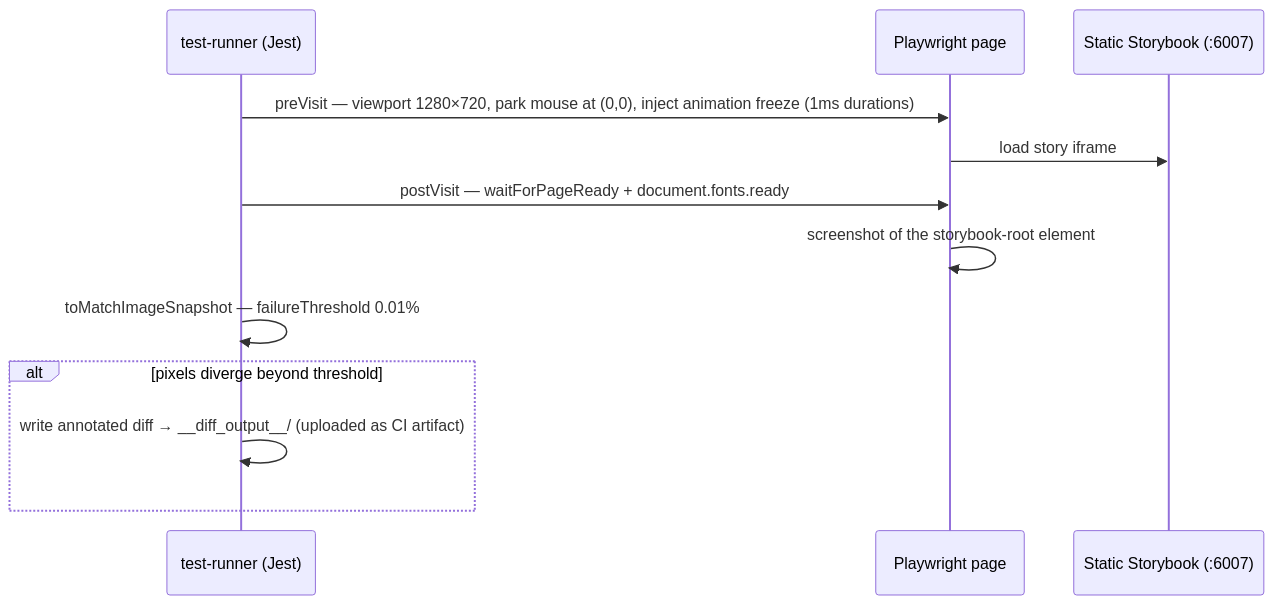
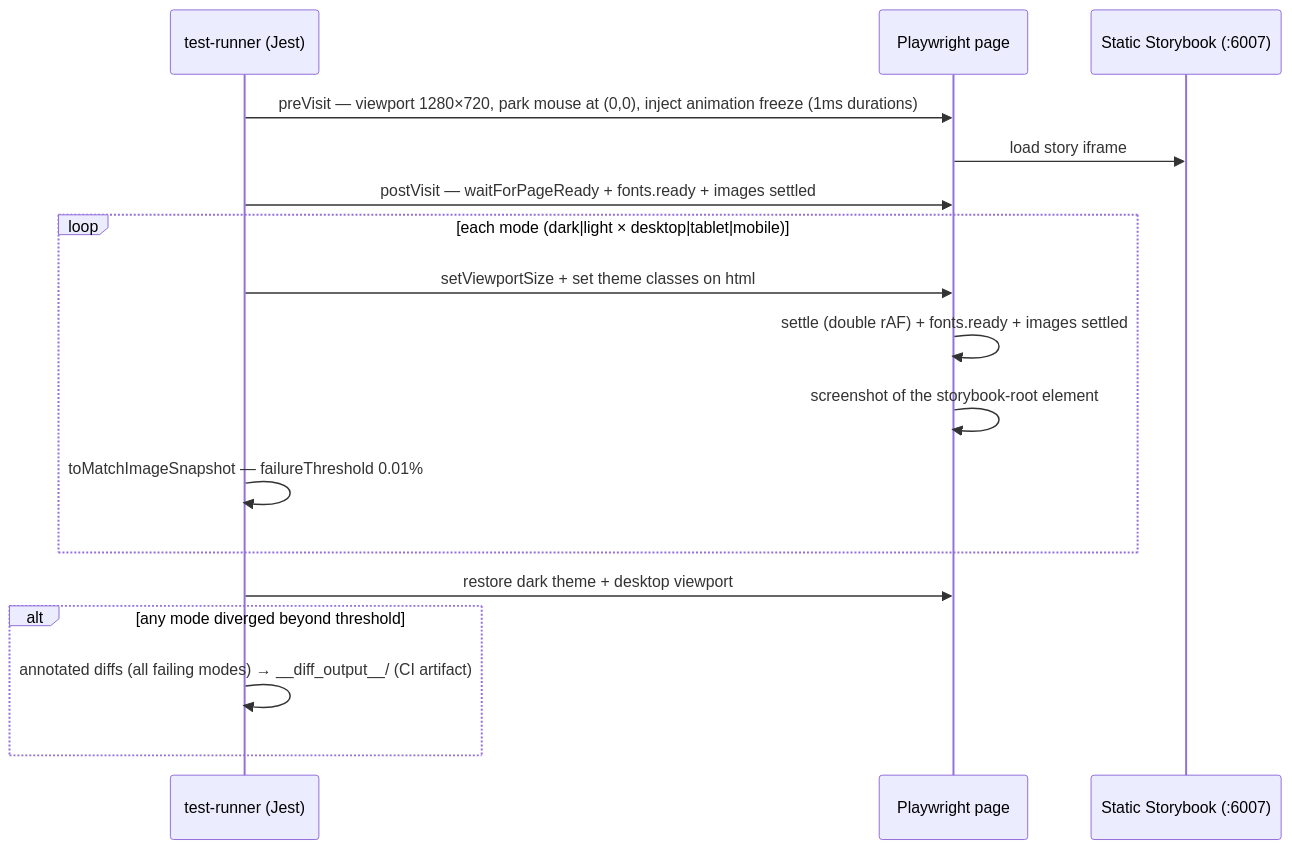
The third of 5 diagrams in docs/OVERVIEW_TESTS.md (aziontech/webkit), drawn with Mermaid before and after one commit. The commit also changed other lines of this file and 13 other files, not shown here.

Commit message:
[NO-ISSUE] test(storybook): cover light theme, tablet and mobile in the visual matrix

````diff
--- a/docs/OVERVIEW_TESTS.md
+++ b/docs/OVERVIEW_TESTS.md
@@ -170,15 +170,20 @@
 ```mermaid
 sequenceDiagram
     participant TR as test-runner (Jest)
     participant PW as Playwright page
     participant SB as Static Storybook (:6007)
 
     TR->>PW: preVisit — viewport 1280×720, park mouse at (0,0), inject animation freeze (1ms durations)
     PW->>SB: load story iframe
-    TR->>PW: postVisit — waitForPageReady + document.fonts.ready
-    PW->>PW: screenshot of the storybook-root element
-    TR->>TR: toMatchImageSnapshot — failureThreshold 0.01%
-    alt pixels diverge beyond threshold
-        TR->>TR: write annotated diff → __diff_output__/ (uploaded as CI artifact)
+    TR->>PW: postVisit — waitForPageReady + fonts.ready + images settled
+    loop each mode (dark|light × desktop|tablet|mobile)
+        TR->>PW: setViewportSize + set theme classes on html
+        PW->>PW: settle (double rAF) + fonts.ready + images settled
+        PW->>PW: screenshot of the storybook-root element
+        TR->>TR: toMatchImageSnapshot — failureThreshold 0.01%
+    end
+    TR->>PW: restore dark theme + desktop viewport
+    alt any mode diverged beyond threshold
+        TR->>TR: annotated diffs (all failing modes) → __diff_output__/ (CI artifact)
     end
 ```
````
